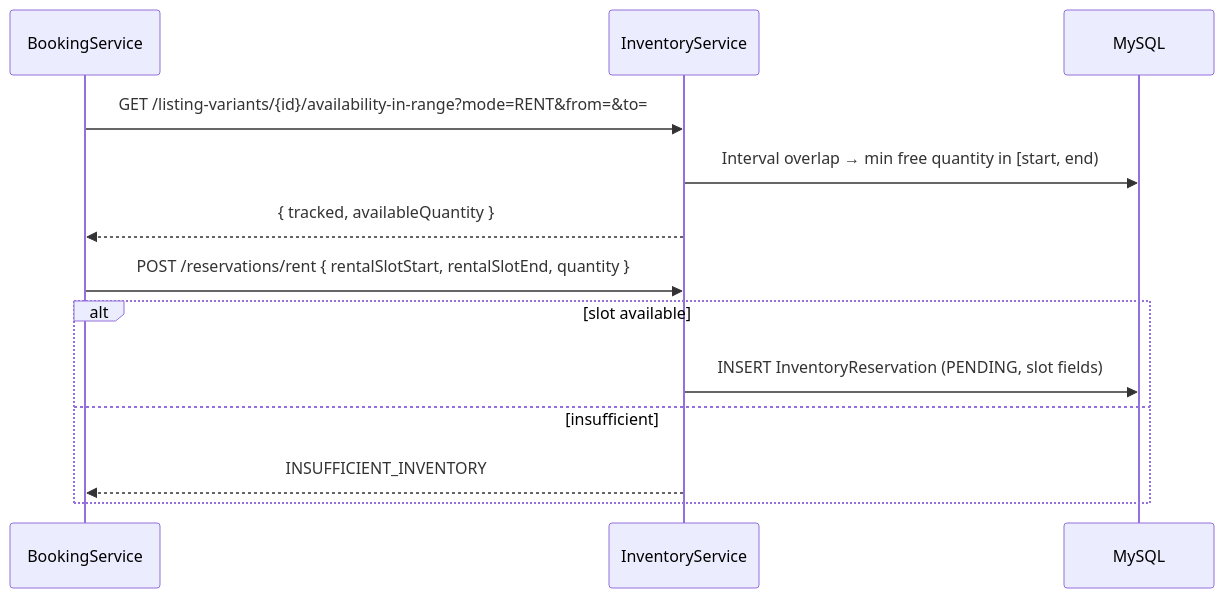
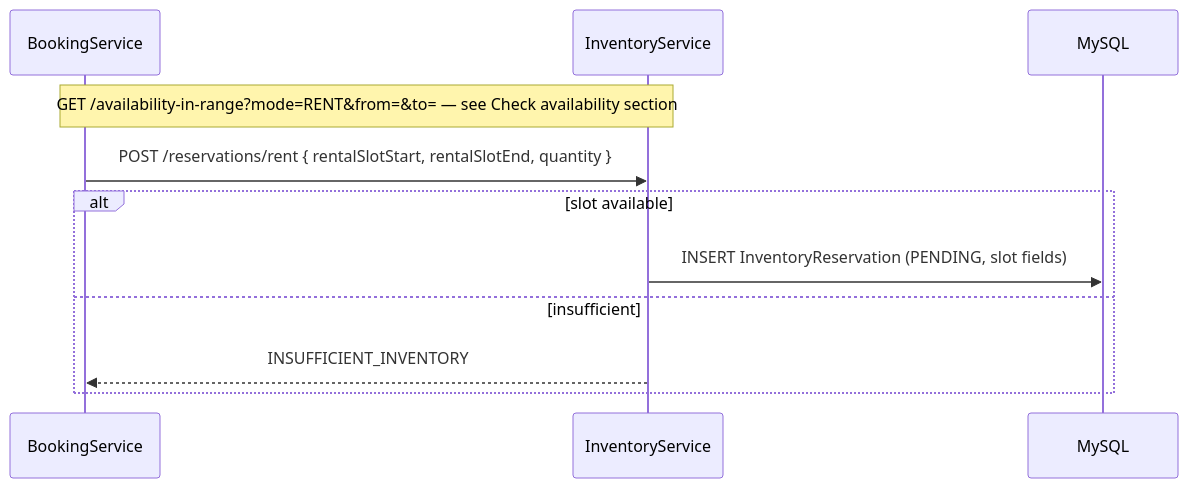
The sixth of 7 diagrams in inventoryservice/README.md (Naodab/Second_Life), drawn with Mermaid before and after one commit. The commit also changed other lines of this file, not shown here.

````diff
--- a/inventoryservice/README.md
+++ b/inventoryservice/README.md
@@ -90,16 +251,14 @@
 ```mermaid
 sequenceDiagram
   participant B as BookingService
   participant I as InventoryService
   participant DB as MySQL
 
-  B->>I: GET /listing-variants/{id}/availability-in-range?mode=RENT&from=&to=
-  I->>DB: Interval overlap → min free quantity in [start, end)
-  I-->>B: { tracked, availableQuantity }
+  Note over B,I: GET /availability-in-range?mode=RENT&from=&to= — see Check availability section
   B->>I: POST /reservations/rent { rentalSlotStart, rentalSlotEnd, quantity }
   alt slot available
     I->>DB: INSERT InventoryReservation (PENDING, slot fields)
   else insufficient
     I-->>B: INSUFFICIENT_INVENTORY
   end
 ```
````
